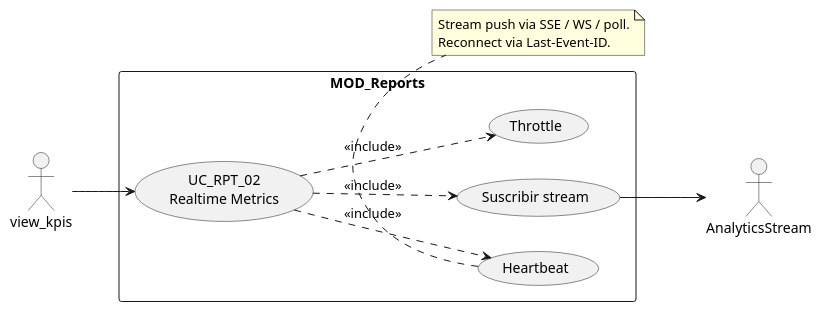
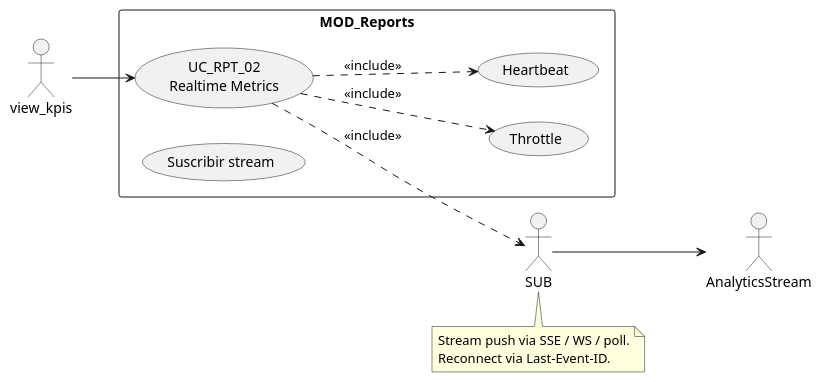
Before and after one commit to jcg-admin/IACT-docs: the diagram in source/requisitos/casos-uso/reports/uc-rpt-02/diagramas-uml/diagrama-de-caso-de-uso.rst, drawn with PlantUML. The commit also changed 47 other files, not shown here.

First line of the commit message:
Fix cryptic PlantUML aliases in UC and architecture files (STD_011)

```diff
--- a/source/requisitos/casos-uso/reports/uc-rpt-02/diagramas-uml/diagrama-de-caso-de-uso.rst
+++ b/source/requisitos/casos-uso/reports/uc-rpt-02/diagramas-uml/diagrama-de-caso-de-uso.rst
@@ -4,28 +4,28 @@
 .. uml::
  :caption: UC_RPT_02 — realtime
 
  @startuml
  left to right direction
 
  actor "view_kpis" as view_kpis
  actor "AnalyticsStream" as Analyticsstream
 
  rectangle "MOD_Reports" {
    usecase "UC_RPT_02\nRealtime Metrics" as UC02
-   usecase "Suscribir stream" as SUB
+   usecase "Suscribir stream" as Subscripcion
    usecase "Throttle" as Throttle
    usecase "Heartbeat" as Heartbeat
  }
 
  view_kpis --> UC02
  UC02 ..> SUB : <<include>>
  UC02 ..> Throttle : <<include>>
  UC02 ..> Heartbeat : <<include>>
  SUB --> Analyticsstream
 
  note bottom
    Stream push via SSE / WS / poll.
    Reconnect via Last-Event-ID.
  end note
 
  @enduml
```
